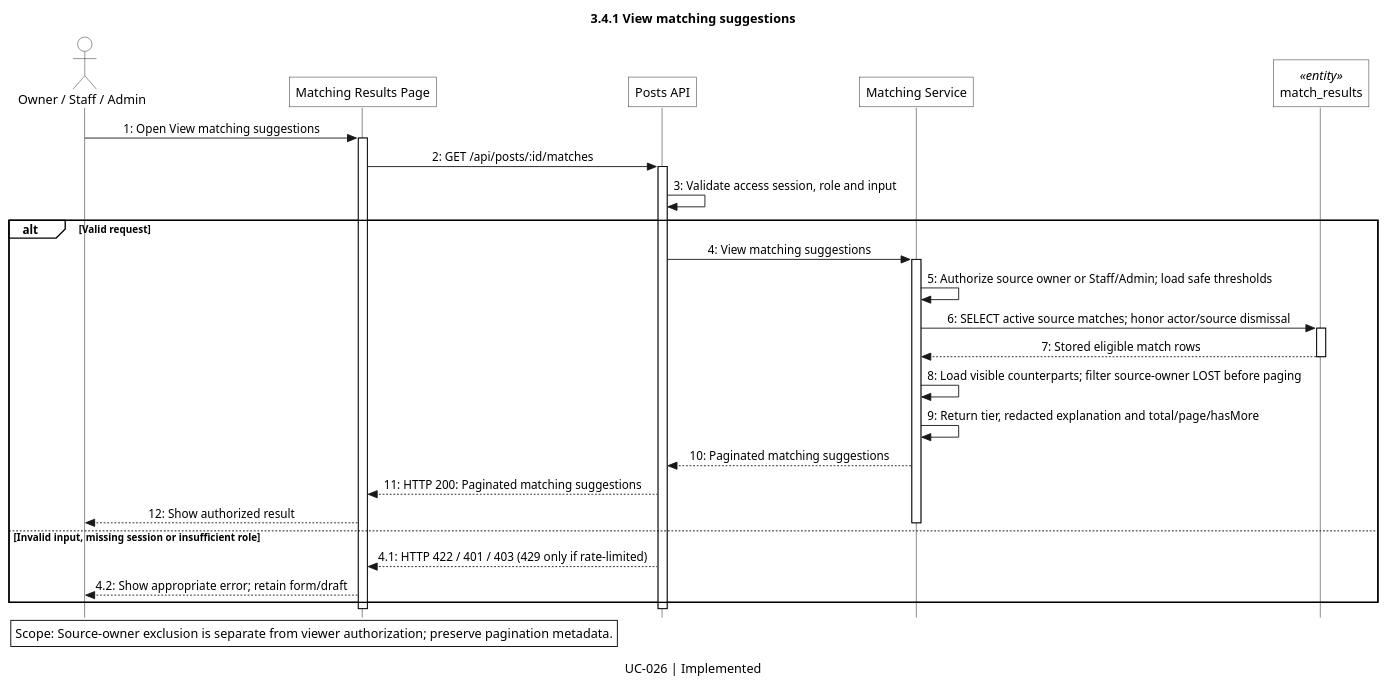
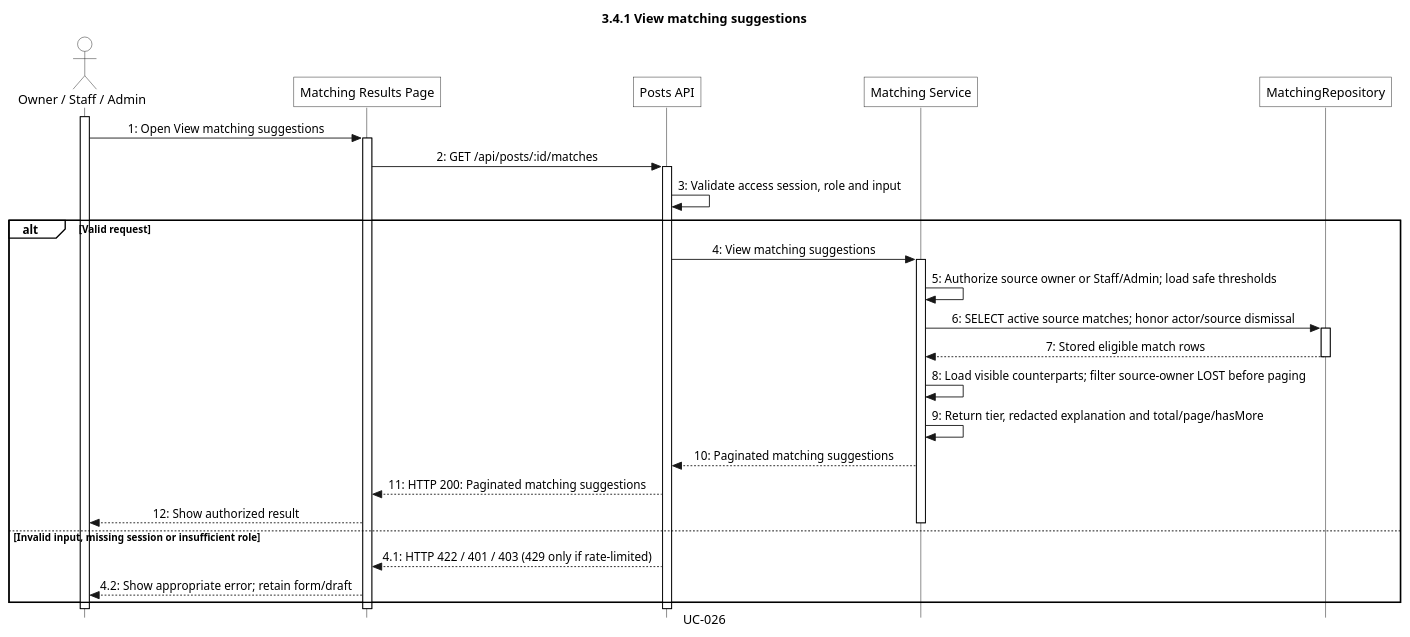
One commit to LNFSYS/lost-and-found-management-system-main changed the diagram in docs/sequences/Dat/3.4/3.4.1_UC-026_view-matching-suggestions.puml. Above: the diagram before and after it, drawn with PlantUML. The commit also changed 336 other files, not shown here.

Commit message:
docs: refine sequence lifelines and diagram presentation

```diff
--- a/docs/sequences/Dat/3.4/3.4.1_UC-026_view-matching-suggestions.puml
+++ b/docs/sequences/Dat/3.4/3.4.1_UC-026_view-matching-suggestions.puml
@@ -1,64 +1,67 @@
 @startuml
 title 3.4.1 View matching suggestions
-caption UC-026 | Implemented
+caption UC-026
+' Catalogue: UC-026 | Implemented
 skinparam monochrome true
 skinparam shadowing false
 skinparam roundcorner 0
 skinparam defaultFontName Arial
 skinparam LegendBackgroundColor white
 skinparam style strictuml
 skinparam sequenceMessageAlign center
 show footbox
 <style>
 lifeLine {
     LineStyle 0
 }
 </style>
 skinparam sequence {
     ParticipantBackgroundColor white
     ActorBackgroundColor white
     LifeLineBackgroundColor white
     LifeLineBorderColor black
     GroupBackgroundColor white
     GroupHeaderBackgroundColor white
 }
 
 ' Source: apps/api-node/src/modules/matching/application/matching.use-cases.ts
+' Main entity: match_results
 ' Main entity migration: apps/api-node/src/migrations/002_lost_found_schema.sql
-' One-table abstraction: related repository reads/writes stay inside the service.
+' Single persistence lifeline: related reads/writes remain summarized in the service.
 actor "Owner / Staff / Admin" as Actor
 participant "Matching Results Page" as Page
 participant "Posts API" as API
 participant "Matching Service" as Service
-participant "match_results" as Table <<entity>>
+participant "MatchingRepository" as Table
 
+activate Actor
 Actor -> Page: 1: Open View matching suggestions
 activate Page
 Page -> API: 2: GET /api/posts/:id/matches
 activate API
 API -> API: 3: Validate access session, role and input
 alt Valid request
 API -> Service: 4: View matching suggestions
 activate Service
 Service -> Service: 5: Authorize source owner or Staff/Admin; load safe thresholds
 Service -> Table: 6: SELECT active source matches; honor actor/source dismissal
 activate Table
 Table --> Service: 7: Stored eligible match rows
 deactivate Table
 Service -> Service: 8: Load visible counterparts; filter source-owner LOST before paging
 Service -> Service: 9: Return tier, redacted explanation and total/page/hasMore
 Service --> API: 10: Paginated matching suggestions
 API --> Page: 11: HTTP 200: Paginated matching suggestions
 Page --> Actor: 12: Show authorized result
 deactivate Service
 else Invalid input, missing session or insufficient role
 API --> Page: 4.1: HTTP 422 / 401 / 403 (429 only if rate-limited)
 Page --> Actor: 4.2: Show appropriate error; retain form/draft
 end
 deactivate API
 deactivate Page
+deactivate Actor
 
-legend left
-Scope: Source-owner exclusion is separate from viewer authorization; preserve pagination metadata.
-endlegend
+' Scope note (not rendered):
+' Scope: Source-owner exclusion is separate from viewer authorization; preserve pagination metadata.
 @enduml
```
